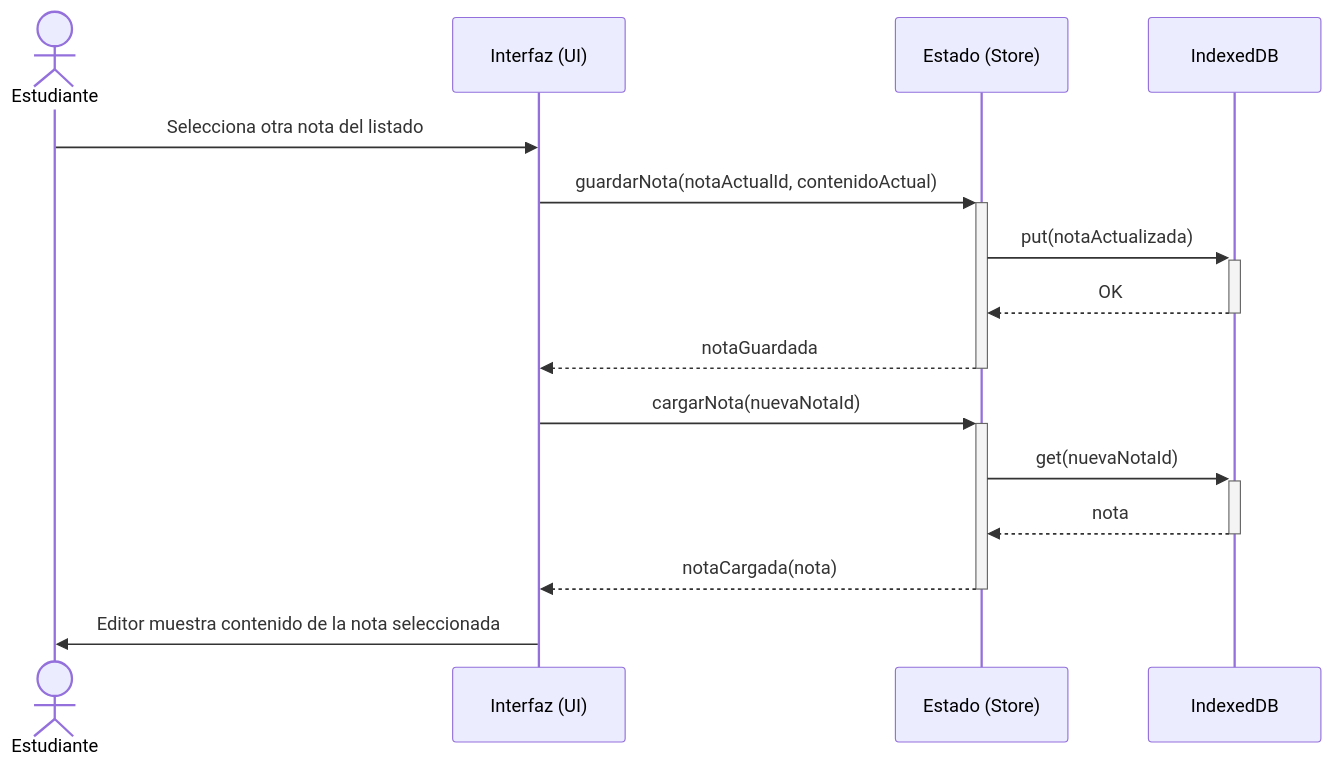
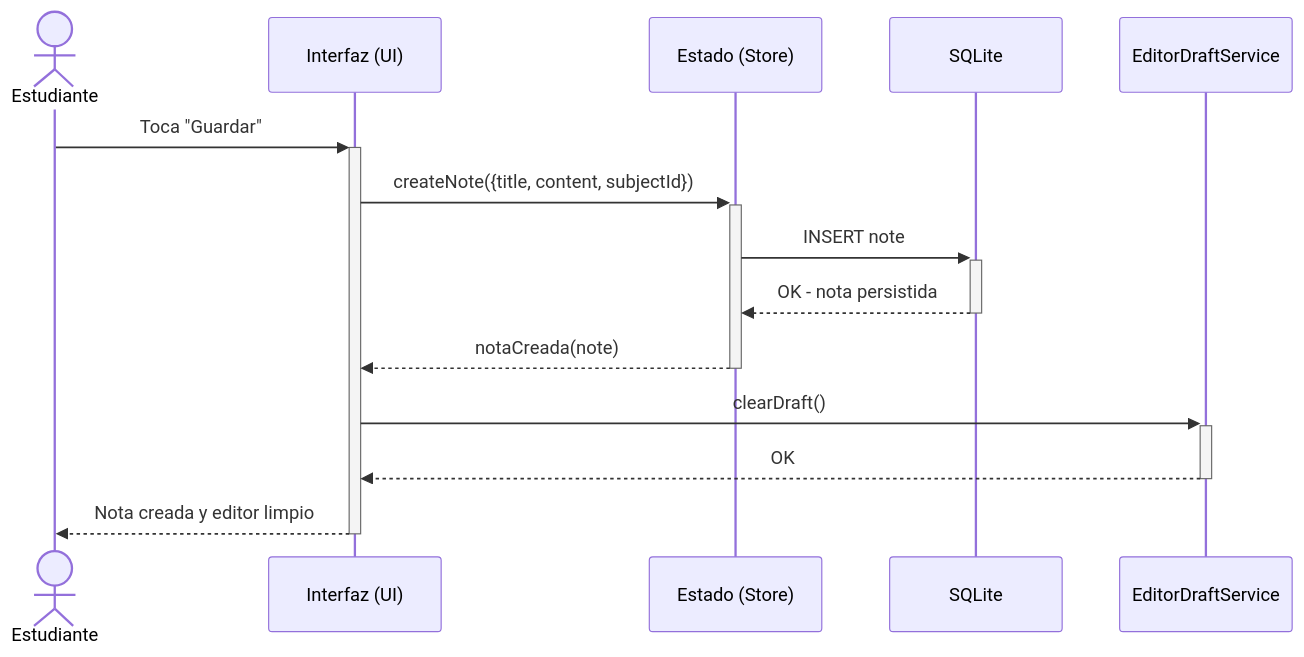
One commit to jdfesa/lumapse changed the third of 5 diagrams in docs/diagramas/secuencia-crear-nota.md. Above: the diagram before and after it, drawn with Mermaid. The commit also changed other lines of this file and 2 other files, not shown here.

Commit message:
docs(diagrams): update editor draft flows

````diff
--- a/docs/diagramas/secuencia-crear-nota.md
+++ b/docs/diagramas/secuencia-crear-nota.md
@@ -65,19 +55,17 @@
 ```mermaid
 sequenceDiagram
     actor EST as Estudiante
     participant UI as Interfaz (UI)
     participant STORE as Estado (Store)
-    participant IDB as IndexedDB
+    participant DB as SQLite
+    participant DRAFT as EditorDraftService
 
-    EST ->> UI: Selecciona otra nota del listado
-    UI ->>+ STORE: guardarNota(notaActualId, contenidoActual)
-    STORE ->>+ IDB: put(notaActualizada)
-    IDB -->>- STORE: OK
-    STORE -->>- UI: notaGuardada
-
-    UI ->>+ STORE: cargarNota(nuevaNotaId)
-    STORE ->>+ IDB: get(nuevaNotaId)
-    IDB -->>- STORE: nota
-    STORE -->>- UI: notaCargada(nota)
-    UI ->> EST: Editor muestra contenido de la nota seleccionada
+    EST ->>+ UI: Toca "Guardar"
+    UI ->>+ STORE: createNote({title, content, subjectId})
+    STORE ->>+ DB: INSERT note
+    DB -->>- STORE: OK - nota persistida
+    STORE -->>- UI: notaCreada(note)
+    UI ->>+ DRAFT: clearDraft()
+    DRAFT -->>- UI: OK
+    UI -->>- EST: Nota creada y editor limpio
 ```
````
